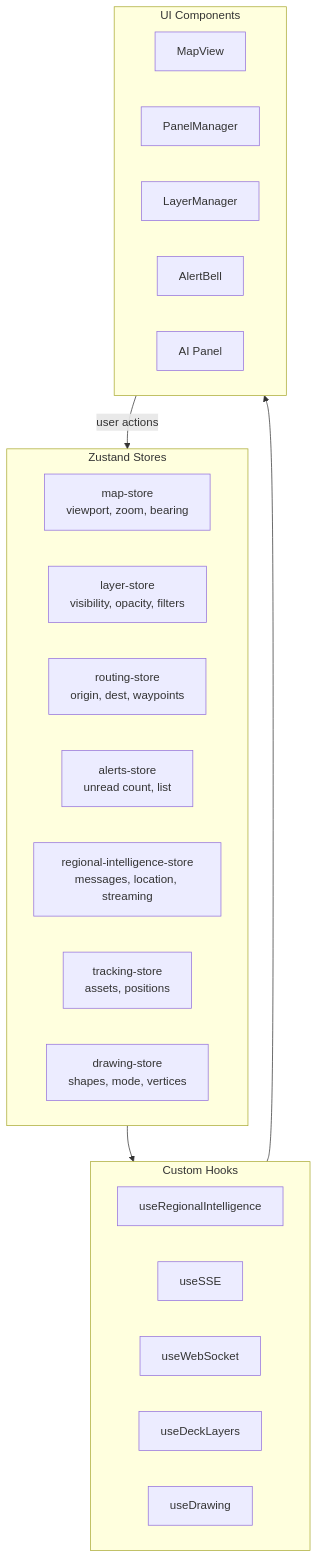
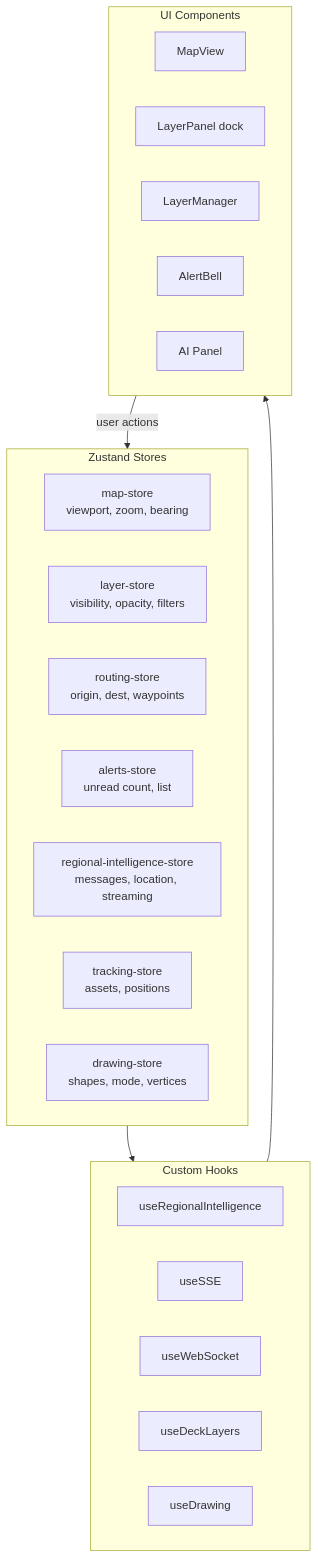
The third of 22 diagrams in docs/diagrams.md (Escherbridge/plantgeo), drawn with Mermaid before and after one commit. The commit also changed other lines of this file and 182 other files, not shown here.

````diff
--- a/docs/diagrams.md
+++ b/docs/diagrams.md
@@ -143,31 +143,31 @@
 ```mermaid
 graph TD
     subgraph Stores["Zustand Stores"]
         MapStore[map-store<br/>viewport, zoom, bearing]
         LayerStore[layer-store<br/>visibility, opacity, filters]
         RoutingStore[routing-store<br/>origin, dest, waypoints]
         AlertsStore[alerts-store<br/>unread count, list]
         AIStore[regional-intelligence-store<br/>messages, location, streaming]
         TrackingStore[tracking-store<br/>assets, positions]
         DrawingStore[drawing-store<br/>shapes, mode, vertices]
     end
 
     subgraph Hooks["Custom Hooks"]
         useRI[useRegionalIntelligence]
         useSSE[useSSE]
         useWS[useWebSocket]
         useDeck[useDeckLayers]
         useDraw[useDrawing]
     end
 
     subgraph Components["UI Components"]
         MapView[MapView]
-        Panels[PanelManager]
+        Panels[LayerPanel dock]
         Layers[LayerManager]
         AlertBell[AlertBell]
         RIPanel[AI Panel]
     end
 
     Stores --> Hooks --> Components
     Components -->|user actions| Stores
 ```
````
